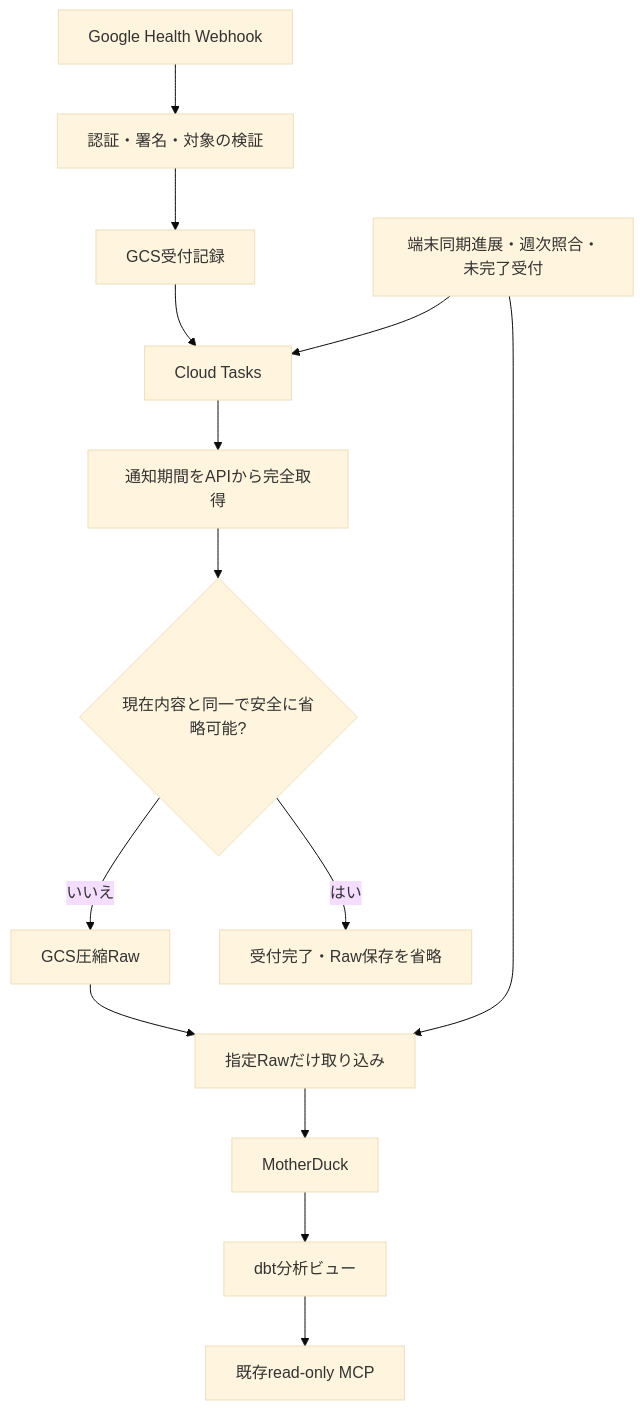
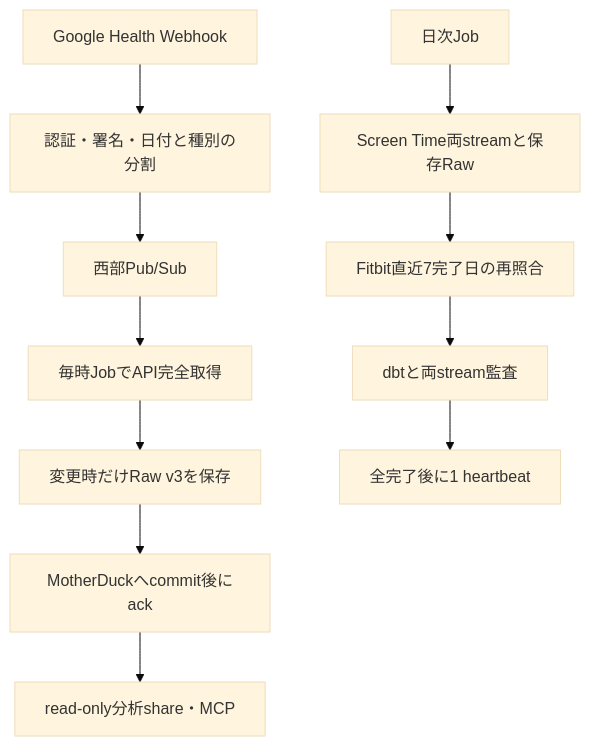
Before and after one commit to binbianlong/personal-data-platform: the diagram in docs/sources/fitbit/README.md, drawn with Mermaid (base theme). The commit also changed other lines of this file and 9 other files, not shown here.

````diff
--- a/docs/sources/fitbit/README.md
+++ b/docs/sources/fitbit/README.md
@@ -6,16 +6,13 @@
 ```mermaid
 flowchart TD
-    H[Google Health Webhook] --> R[認証・署名・対象の検証]
-    R --> P[GCS受付記録]
-    P --> Q[Cloud Tasks]
-    Q --> W[通知期間をAPIから完全取得]
-    W --> D{現在内容と同一で安全に省略可能?}
-    D -->|いいえ| G[GCS圧縮Raw]
-    D -->|はい| S[受付完了・Raw保存を省略]
-    G --> L[指定Rawだけ取り込み]
-    L --> M[MotherDuck]
-    C[端末同期進展・週次照合・未完了受付] --> Q
-    C --> L
-    M --> V[dbt分析ビュー]
-    V --> A[既存read-only MCP]
+    H[Google Health Webhook] --> R[認証・署名・日付と種別の分割]
+    R --> Q[西部Pub/Sub]
+    Q --> W[毎時JobでAPI完全取得]
+    W --> G[変更時だけRaw v3を保存]
+    G --> M[MotherDuckへcommit後にack]
+    D[日次Job] --> S[Screen Time両streamと保存Raw]
+    S --> F[Fitbit直近7完了日の再照合]
+    F --> V[dbtと両stream監査]
+    V --> P[全完了後に1 heartbeat]
+    M --> A[read-only分析share・MCP]
 ```
````
